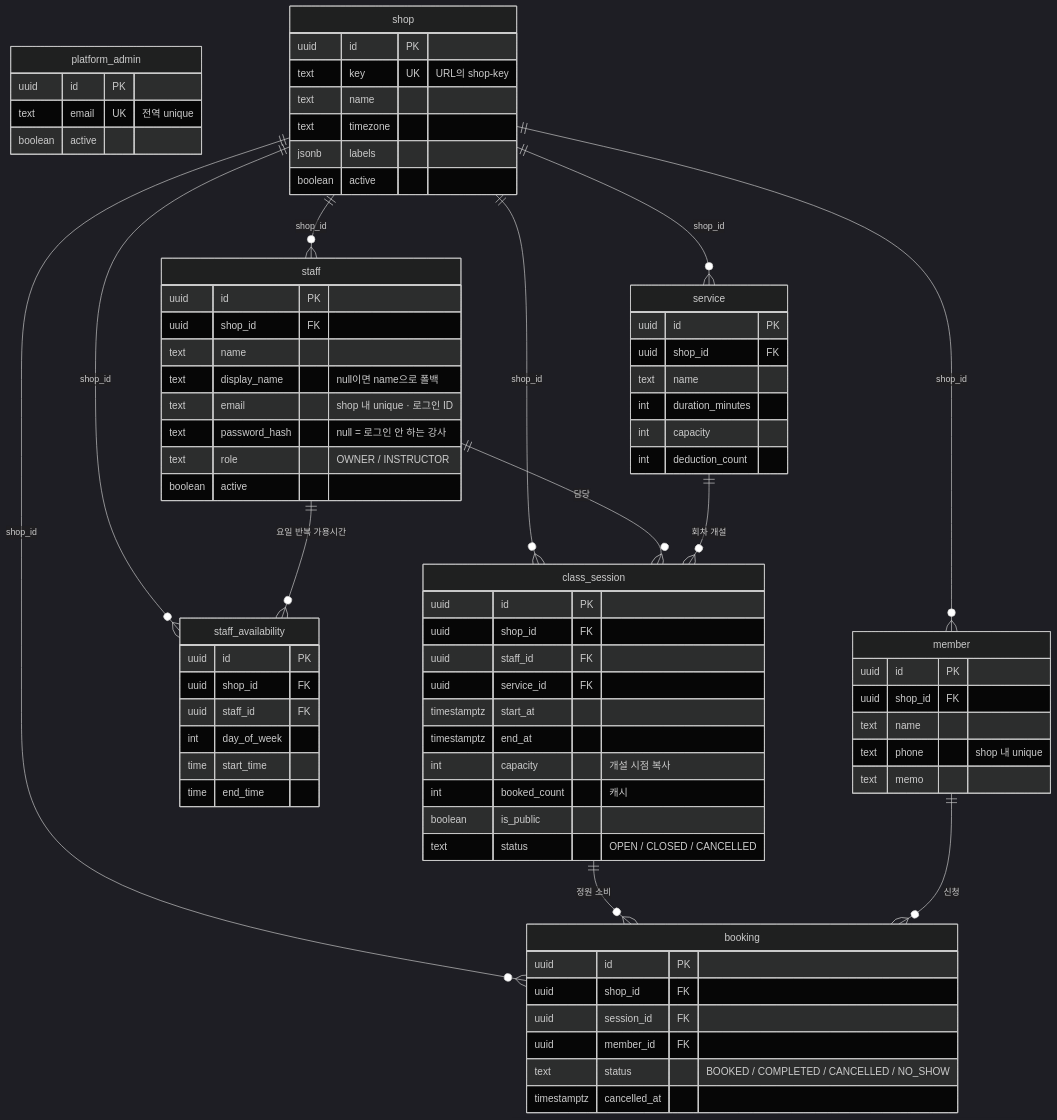
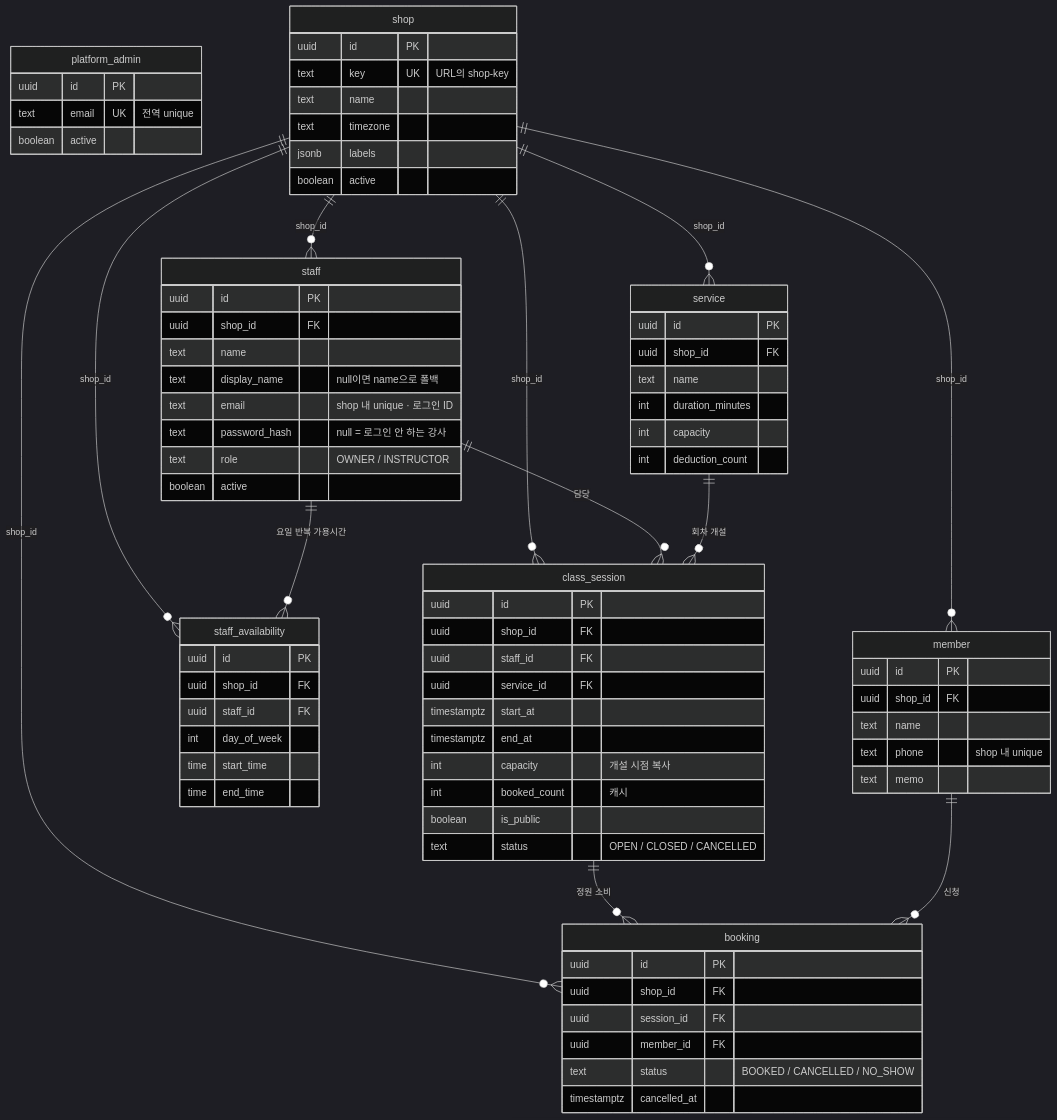
The first of 2 diagrams in spec/data-model.md (Team-DanD/ddoukd-docs), drawn with Mermaid (dark theme) before and after one commit. The commit also changed other lines of this file and 3 other files, not shown here.

````diff
--- a/spec/data-model.md
+++ b/spec/data-model.md
@@ -41,81 +41,81 @@
 ```mermaid
 erDiagram
     platform_admin {
         uuid id PK
         text email UK "전역 unique"
         boolean active
     }
     shop {
         uuid id PK
         text key UK "URL의 shop-key"
         text name
         text timezone
         jsonb labels
         boolean active
     }
     staff {
         uuid id PK
         uuid shop_id FK
         text name
         text display_name "null이면 name으로 폴백"
         text email "shop 내 unique · 로그인 ID"
         text password_hash "null = 로그인 안 하는 강사"
         text role "OWNER / INSTRUCTOR"
         boolean active
     }
     member {
         uuid id PK
         uuid shop_id FK
         text name
         text phone "shop 내 unique"
         text memo
     }
     service {
         uuid id PK
         uuid shop_id FK
         text name
         int duration_minutes
         int capacity
         int deduction_count
     }
     staff_availability {
         uuid id PK
         uuid shop_id FK
         uuid staff_id FK
         int day_of_week
         time start_time
         time end_time
     }
     class_session {
         uuid id PK
         uuid shop_id FK
         uuid staff_id FK
         uuid service_id FK
         timestamptz start_at
         timestamptz end_at
         int capacity "개설 시점 복사"
         int booked_count "캐시"
         boolean is_public
         text status "OPEN / CLOSED / CANCELLED"
     }
     booking {
         uuid id PK
         uuid shop_id FK
         uuid session_id FK
         uuid member_id FK
-        text status "BOOKED / COMPLETED / CANCELLED / NO_SHOW"
+        text status "BOOKED / CANCELLED / NO_SHOW"
         timestamptz cancelled_at
     }
 
     shop ||--o{ staff : "shop_id"
     shop ||--o{ member : "shop_id"
     shop ||--o{ service : "shop_id"
     shop ||--o{ staff_availability : "shop_id"
     shop ||--o{ class_session : "shop_id"
     shop ||--o{ booking : "shop_id"
     staff ||--o{ staff_availability : "요일 반복 가용시간"
     staff ||--o{ class_session : "담당"
     service ||--o{ class_session : "회차 개설"
     class_session ||--o{ booking : "정원 소비"
     member ||--o{ booking : "신청"
 ```
````
